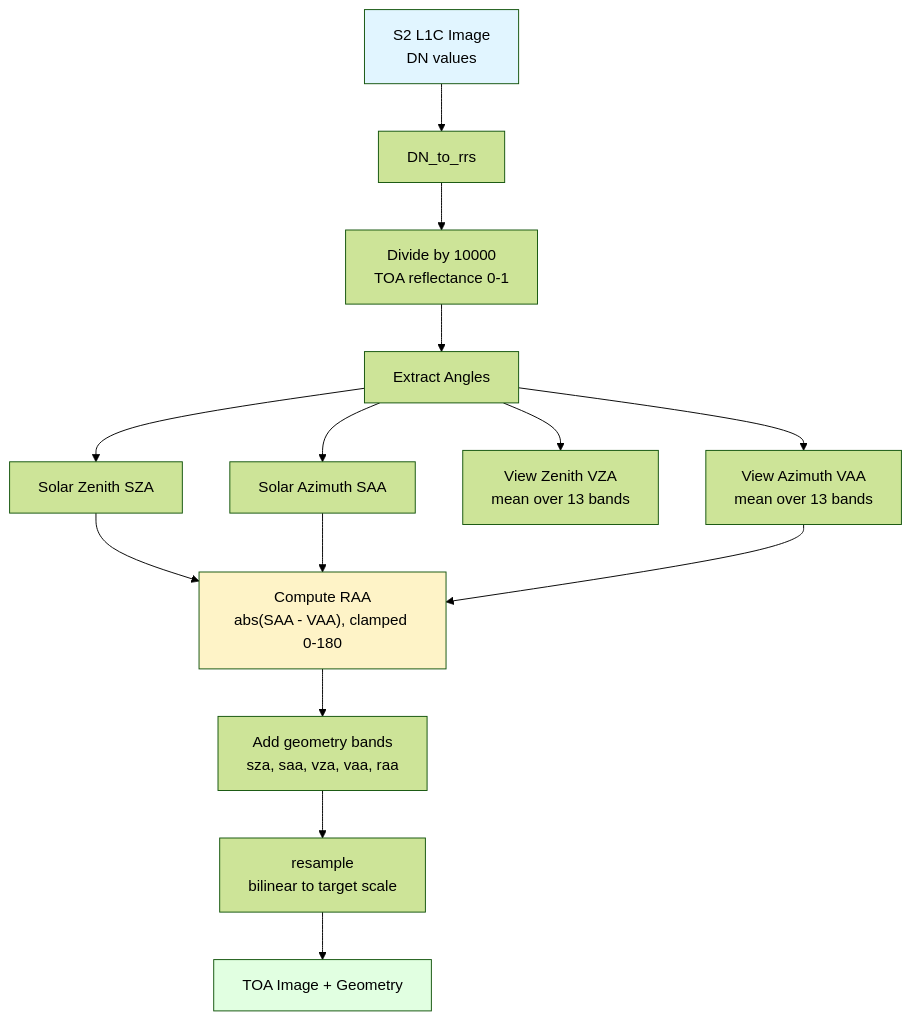
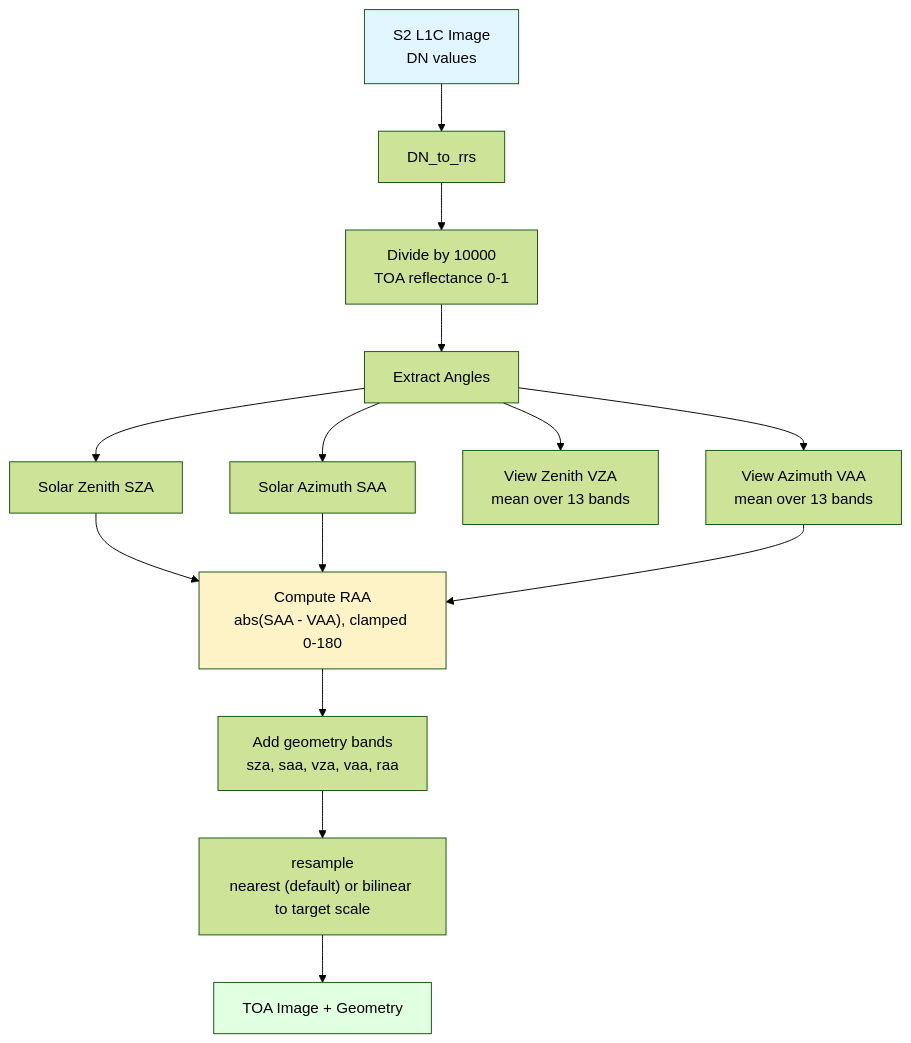
One commit to Aouei/gee_acolite changed the first of 4 diagrams in docs/api/utils/l1_convert.md. Above: the diagram before and after it, drawn with Mermaid (forest theme). The commit also changed 6 other files, not shown here.

````diff
--- a/docs/api/utils/l1_convert.md
+++ b/docs/api/utils/l1_convert.md
@@ -16,20 +16,20 @@
 ```mermaid
 flowchart TD
     A["S2 L1C Image<br/>DN values"] --> B[DN_to_rrs]
     B --> C["Divide by 10000<br/>TOA reflectance 0-1"]
     C --> D[Extract Angles]
     D --> D1[Solar Zenith SZA]
     D --> D2[Solar Azimuth SAA]
     D --> D3["View Zenith VZA<br/>mean over 13 bands"]
     D --> D4["View Azimuth VAA<br/>mean over 13 bands"]
     D1 --> E["Compute RAA<br/>abs(SAA - VAA), clamped 0-180"]
     D2 --> E
     D4 --> E
     E --> F["Add geometry bands<br/>sza, saa, vza, vaa, raa"]
-    F --> G["resample<br/>bilinear to target scale"]
+    F --> G["resample<br/>nearest (default) or bilinear to target scale"]
     G --> H[TOA Image + Geometry]
 
     style A fill:#e1f5ff
     style H fill:#e1ffe1
     style E fill:#fef3c7
 ```
````
